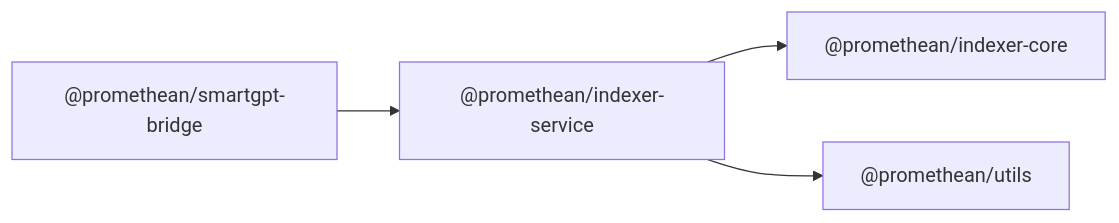
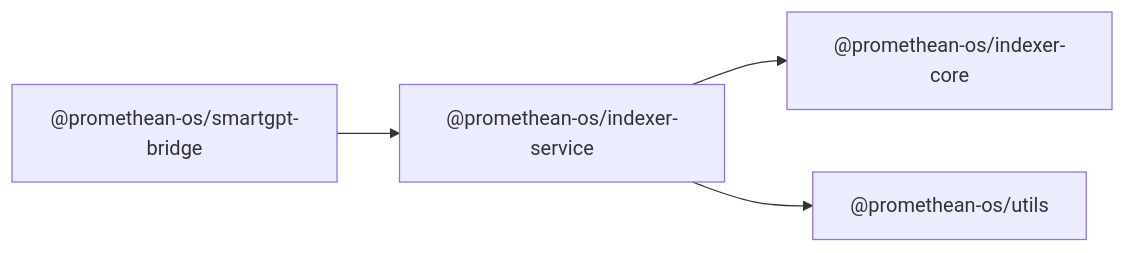
Before and after one commit to octave-commons/promethean: the diagram in docs/packages/indexer-service/README.md, drawn with Mermaid. The commit also changed other lines of this file and 1753 other files, not shown here.

````diff
--- a/docs/packages/indexer-service/README.md
+++ b/docs/packages/indexer-service/README.md
@@ -14,13 +14,13 @@
 ```mermaid
 graph LR
-  A["@promethean/indexer-service"]
-  D1["@promethean/indexer-core"]
-  D2["@promethean/utils"]
-  R1["@promethean/smartgpt-bridge"]
-  A --> D1["@promethean/indexer-core"]
-  A --> D2["@promethean/utils"]
-  R1["@promethean/smartgpt-bridge"] --> A
-  click D1 "../indexer-core/README.md" "@promethean/indexer-core"
-  click D2 "../utils/README.md" "@promethean/utils"
-  click R1 "../smartgpt-bridge/README.md" "@promethean/smartgpt-bridge"
+  A["@promethean-os/indexer-service"]
+  D1["@promethean-os/indexer-core"]
+  D2["@promethean-os/utils"]
+  R1["@promethean-os/smartgpt-bridge"]
+  A --> D1["@promethean-os/indexer-core"]
+  A --> D2["@promethean-os/utils"]
+  R1["@promethean-os/smartgpt-bridge"] --> A
+  click D1 "../indexer-core/README.md" "@promethean-os/indexer-core"
+  click D2 "../utils/README.md" "@promethean-os/utils"
+  click R1 "../smartgpt-bridge/README.md" "@promethean-os/smartgpt-bridge"
 ```
````
